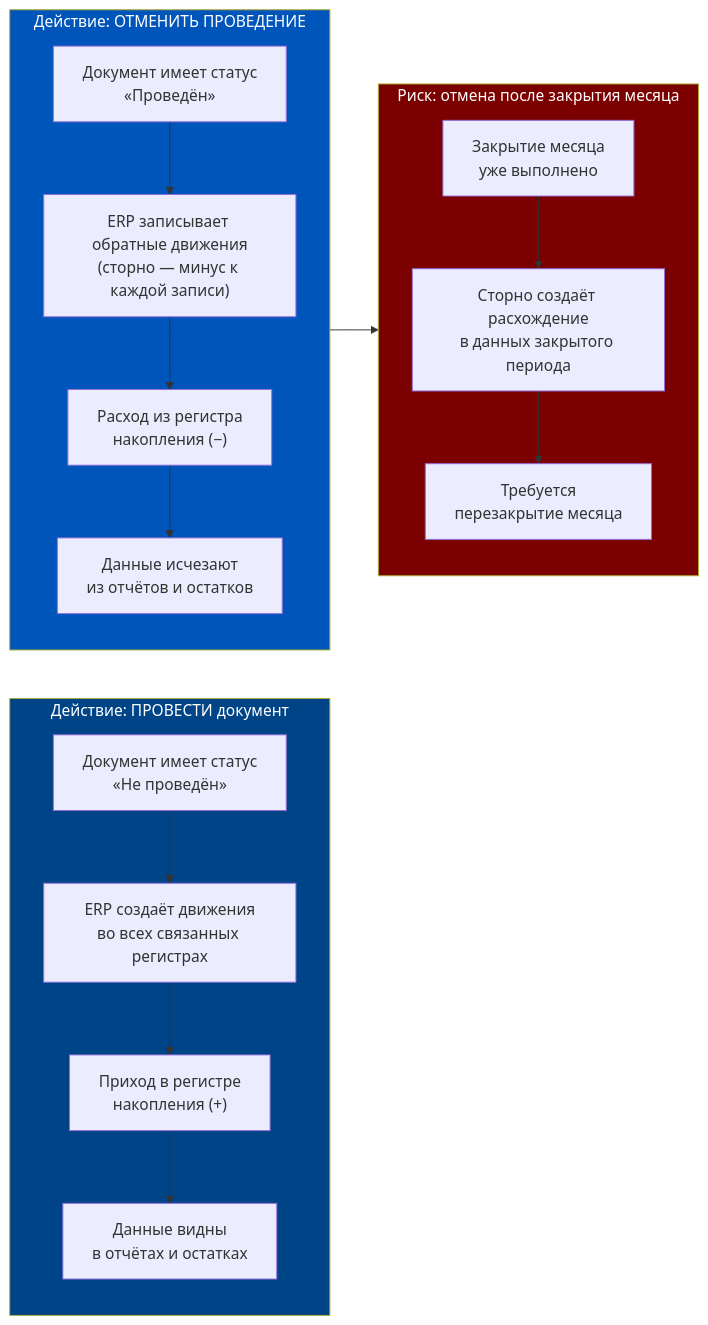
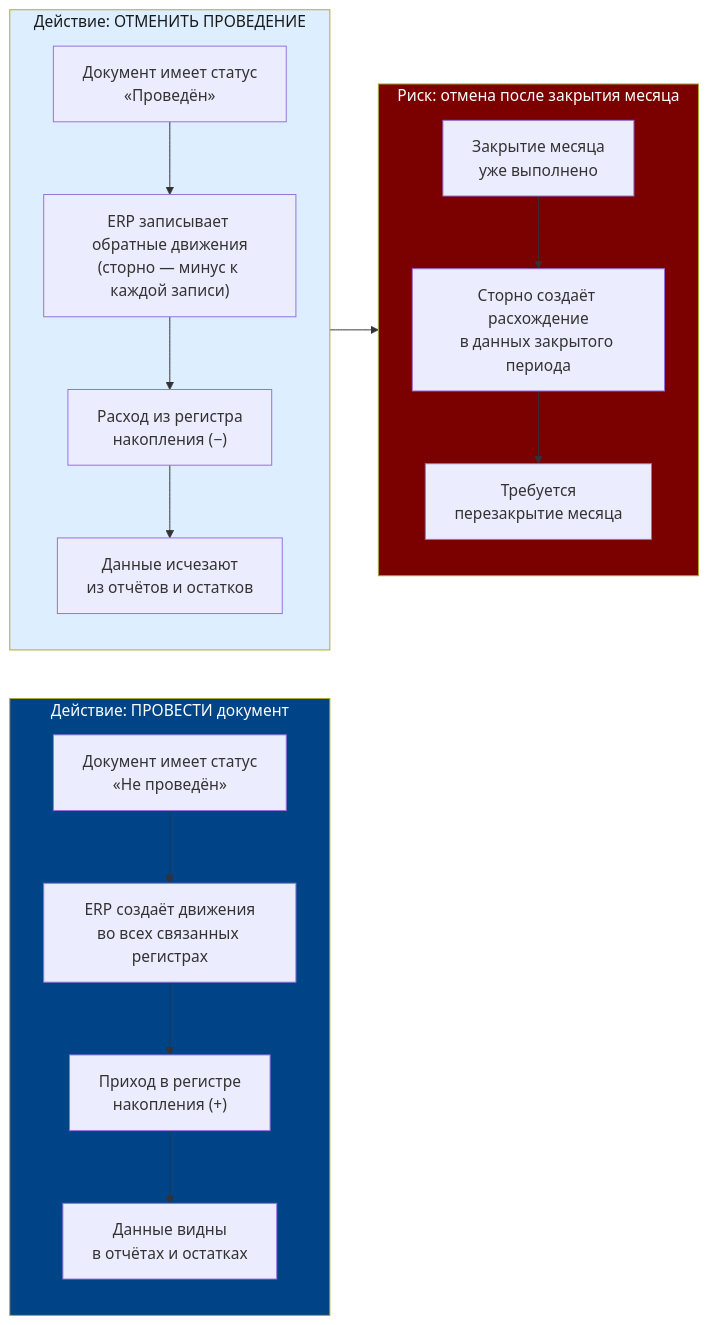
Before and after one commit to murad1986/1c-erp-quartz: the fifth of 5 diagrams in content/1c-erp/week_1/Неделя 1 - День 4 - Документооборот и регистры.md, drawn with Mermaid. The commit also changed other lines of this file and 57 other files, not shown here.

First line of the commit message:
fix: Mermaid — пастельные цвета в источниках диаграмм (56 файлов)

````diff
--- a/content/1c-erp/week_1/Неделя 1 - День 4 - Документооборот и регистры.md
+++ b/content/1c-erp/week_1/Неделя 1 - День 4 - Документооборот и регистры.md
@@ -359,34 +359,34 @@
 ```mermaid
 flowchart LR
     subgraph PROVESTI["Действие: ПРОВЕСТИ документ"]
         direction TB
         P1["Документ имеет статус<br/>«Не проведён»"]
         P2["ERP создаёт движения<br/>во всех связанных регистрах"]
         P3["Приход в регистре<br/>накопления (+)"]
         P4["Данные видны<br/>в отчётах и остатках"]
         P1 --> P2 --> P3 --> P4
     end
 
     subgraph OTMENIT["Действие: ОТМЕНИТЬ ПРОВЕДЕНИЕ"]
         direction TB
         O1["Документ имеет статус<br/>«Проведён»"]
         O2["ERP записывает обратные движения<br/>(сторно — минус к каждой записи)"]
         O3["Расход из регистра<br/>накопления (−)"]
         O4["Данные исчезают<br/>из отчётов и остатков"]
         O1 --> O2 --> O3 --> O4
     end
 
     subgraph WARN2["Риск: отмена после закрытия месяца"]
         direction TB
         W1["Закрытие месяца<br/>уже выполнено"]
         W2["Сторно создаёт расхождение<br/>в данных закрытого периода"]
         W3["Требуется<br/>перезакрытие месяца"]
         W1 --> W2 --> W3
     end
 
     OTMENIT --> WARN2
 
     style PROVESTI fill:#004488,color:#fff
-    style OTMENIT fill:#0055BB,color:#fff
+    style OTMENIT fill:#dceeff,color:#1a1a1a
     style WARN2 fill:#7B0000,color:#fff
 ```
````
